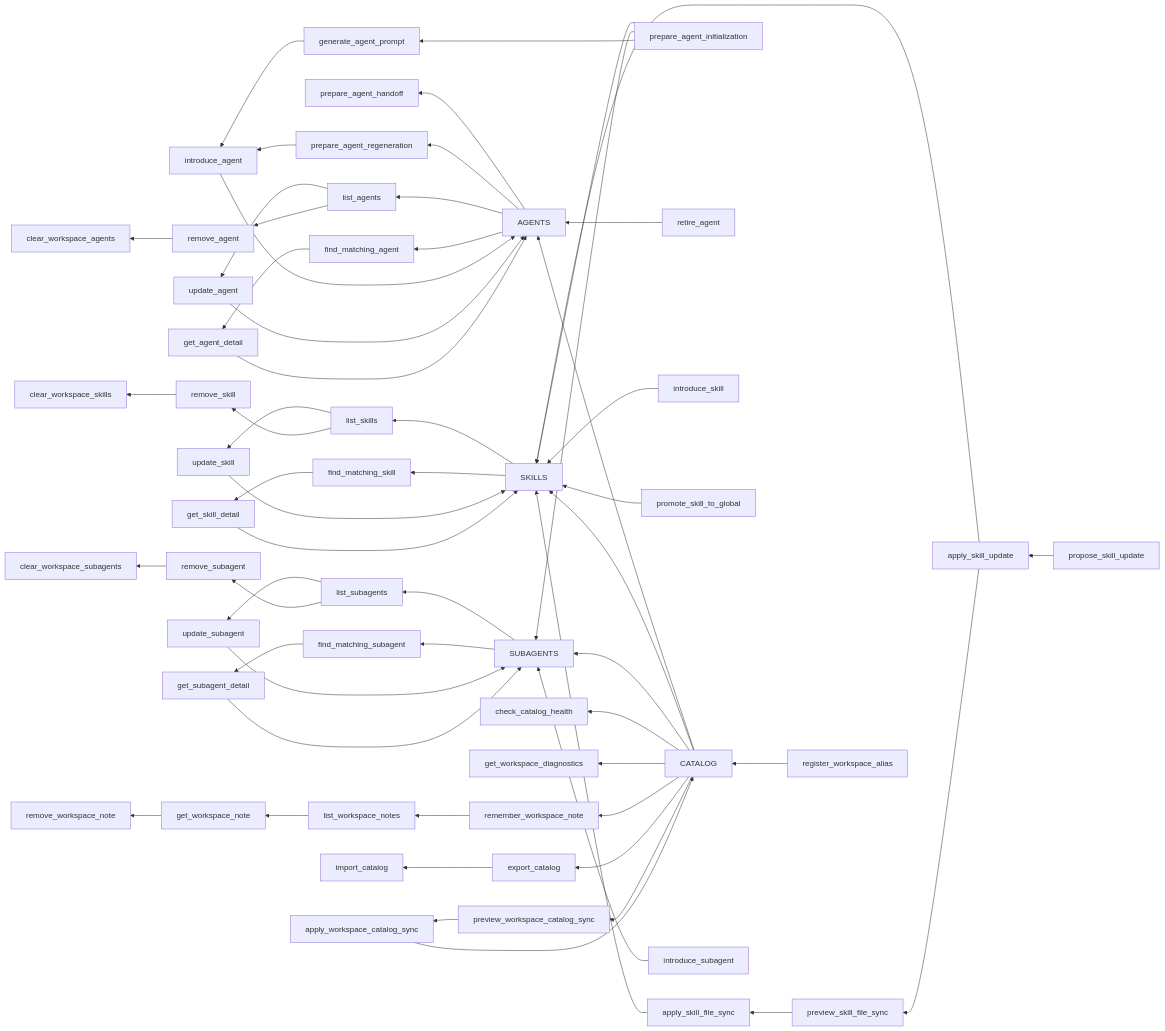
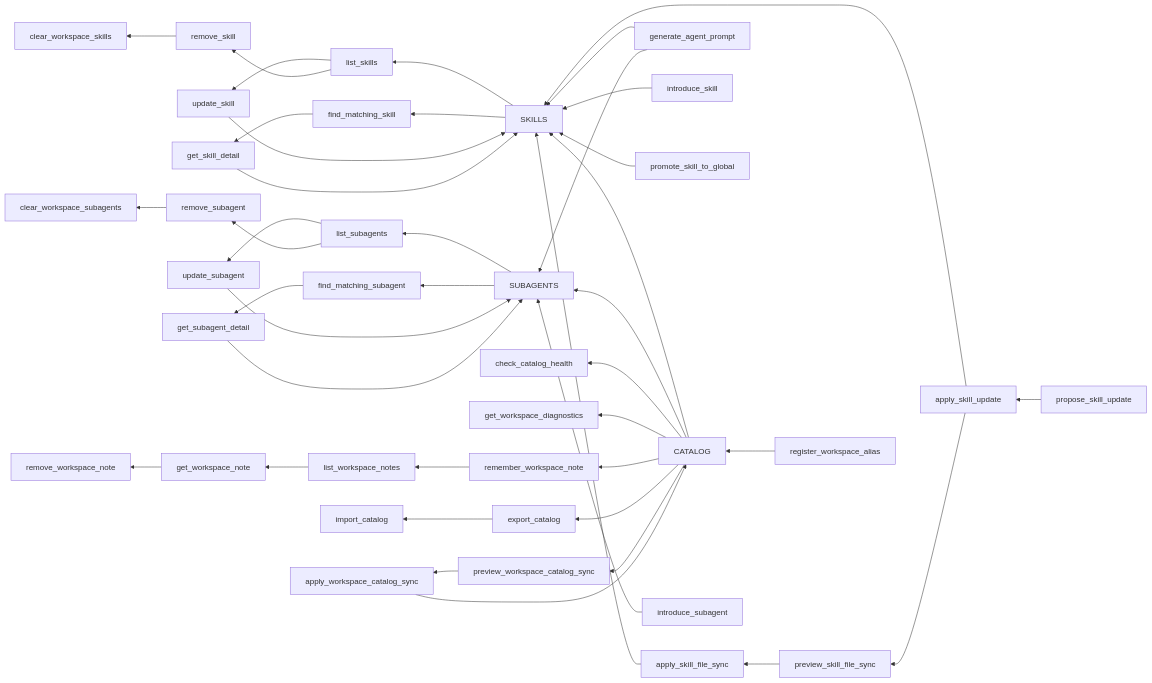
The diagram in README.md (okanaslan/lor-mcp), drawn with Mermaid before and after one commit. The commit also changed other lines of this file and 11 other files, not shown here.

First line of the commit message:
feat(tools)!: remove public agent catalog tools

````diff
--- a/README.md
+++ b/README.md
@@ -205,69 +216,52 @@
 ```mermaid
 flowchart RL
   catalog["CATALOG"]
-  agents["AGENTS"]
   skills["SKILLS"]
   subagents["SUBAGENTS"]
 
-  catalog --> agents
   catalog --> skills
   catalog --> subagents
 
-  init["prepare_agent_initialization"] --> skills
-  init --> subagents
-  init --> generatePrompt["generate_agent_prompt"]
-  generatePrompt["generate_agent_prompt"] --> introduceAgent["introduce_agent"]
-  introduceAgent --> agents
-  agents --> handoff["prepare_agent_handoff"]
-  agents --> regeneration["prepare_agent_regeneration"]
-  regeneration --> introduceAgent
-  retireAgent["retire_agent"] --> agents
+  generatePrompt["generate_agent_prompt"] --> skills
+  generatePrompt --> subagents
 
   introduceSkill["introduce_skill"] --> skills
   promoteSkill["promote_skill_to_global"] --> skills
   proposeSkillUpdate["propose_skill_update"] --> applySkillUpdate["apply_skill_update"]
   applySkillUpdate --> skills
   applySkillUpdate --> previewSkillFileSync["preview_skill_file_sync"]
   previewSkillFileSync --> applySkillFileSync["apply_skill_file_sync"]
   applySkillFileSync --> skills
 
   introduceSubagent["introduce_subagent"] --> subagents
 
   registerAlias["register_workspace_alias"] --> catalog
   catalog --> checkHealth["check_catalog_health"]
   catalog --> workspaceDiagnostics["get_workspace_diagnostics"]
   catalog --> rememberWorkspaceNote["remember_workspace_note"]
   rememberWorkspaceNote --> listWorkspaceNotes["list_workspace_notes"]
   listWorkspaceNotes --> getWorkspaceNote["get_workspace_note"]
   getWorkspaceNote --> removeWorkspaceNote["remove_workspace_note"]
   catalog --> exportCatalog["export_catalog"]
   exportCatalog --> importCatalog["import_catalog"]
   catalog --> previewWorkspaceSync["preview_workspace_catalog_sync"]
   previewWorkspaceSync --> applyWorkspaceSync["apply_workspace_catalog_sync"]
   applyWorkspaceSync --> catalog
-  agents --> listAgents["list_agents"]
   skills --> listSkills["list_skills"]
   subagents --> listSubagents["list_subagents"]
 
-  listAgents --> updateAgent["update_agent"]
-  updateAgent --> agents
   listSkills --> updateSkill["update_skill"]
   updateSkill --> skills
   listSubagents --> updateSubagent["update_subagent"]
   updateSubagent --> subagents
-  listAgents --> removeAgent["remove_agent"]
   listSkills --> removeSkill["remove_skill"]
   listSubagents --> removeSubagent["remove_subagent"]
-  removeAgent --> clearAgents["clear_workspace_agents"]
   removeSkill --> clearSkills["clear_workspace_skills"]
   removeSubagent --> clearSubagents["clear_workspace_subagents"]
-  agents --> findAgent["find_matching_agent"]
   skills --> findSkill["find_matching_skill"]
   subagents --> findSubagent["find_matching_subagent"]
-  findAgent --> getAgent["get_agent_detail"]
   findSkill --> getSkill["get_skill_detail"]
   findSubagent --> getSubagent["get_subagent_detail"]
-  getAgent --> agents
   getSkill --> skills
   getSubagent --> subagents
 ```
````
